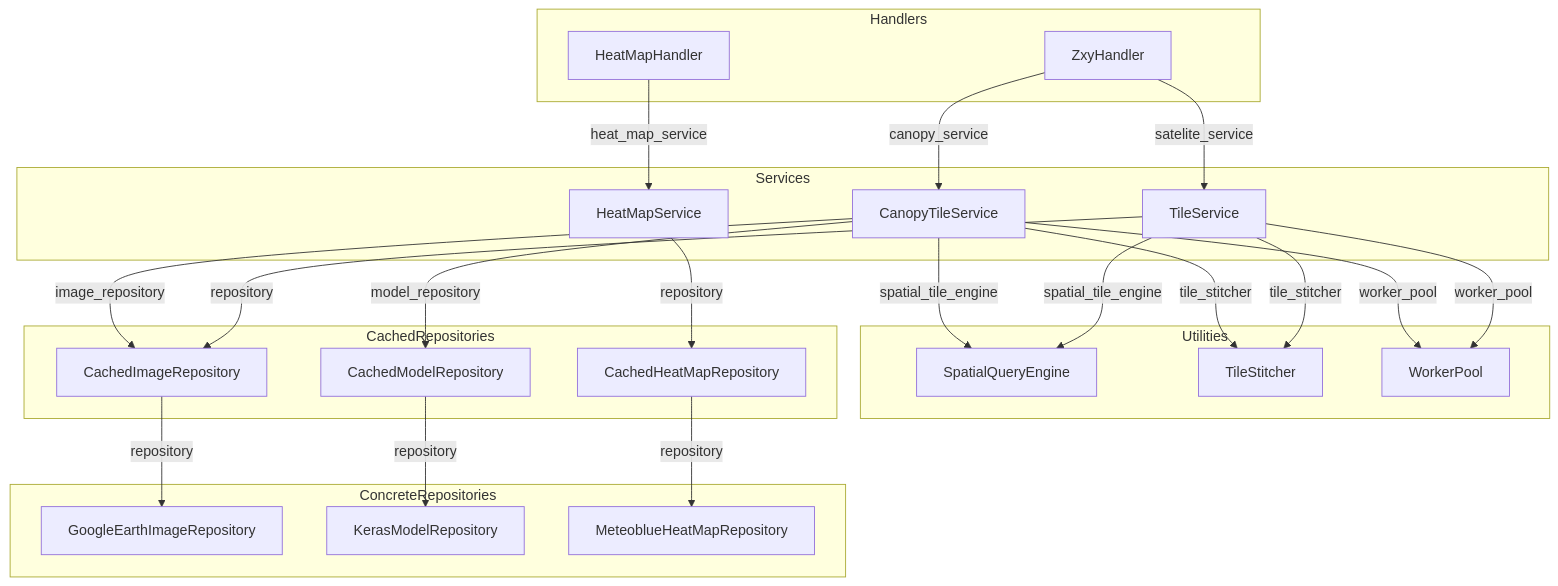
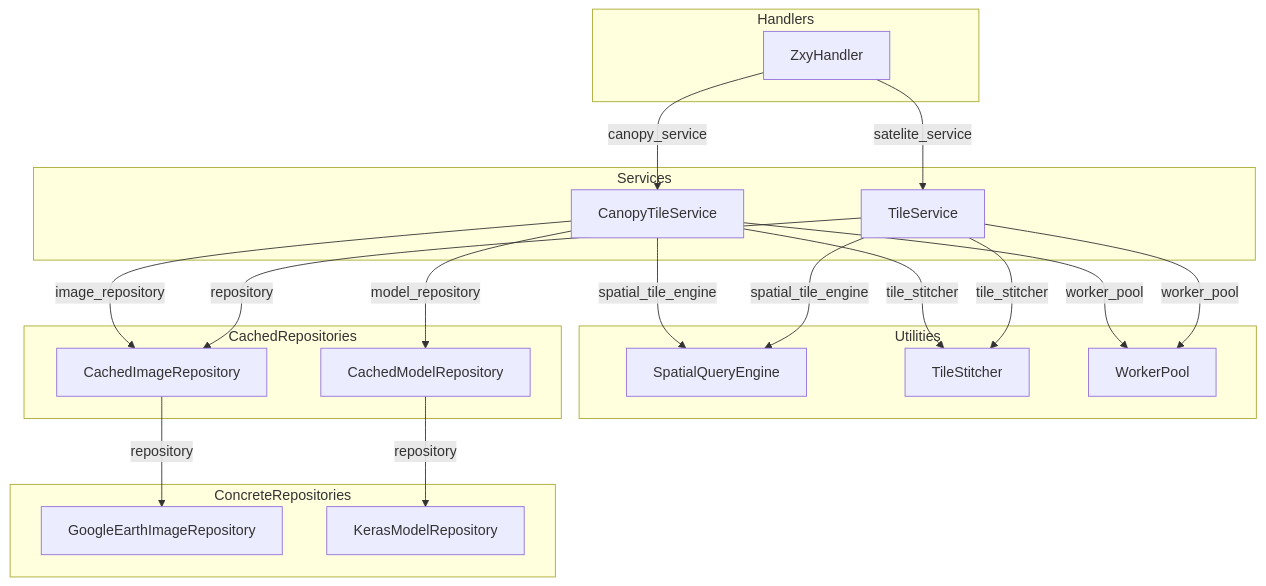
One commit to EliasPlesiotis/satelite-canopy-monitor changed the first of 3 diagrams in README.md. Above: the diagram before and after it, drawn with Mermaid. The commit also changed other lines of this file, not shown here.

````diff
--- a/README.md
+++ b/README.md
@@ -73,52 +73,44 @@
 ```mermaid
 graph TD
     subgraph Handlers
         ZXY[ZxyHandler]
-        HMH[HeatMapHandler]
     end
 
     subgraph Services
         CTS[CanopyTileService]
         TS[TileService]
-        HMS[HeatMapService]
     end
 
     subgraph Utilities
         SQE[SpatialQueryEngine]
         TST[TileStitcher]
         WP[WorkerPool]
     end
 
     subgraph CachedRepositories
         CIR[CachedImageRepository]
         CMR[CachedModelRepository]
-        CHR[CachedHeatMapRepository]
     end
 
     subgraph ConcreteRepositories
         GER[GoogleEarthImageRepository]
         KMR[KerasModelRepository]
-        MHR[MeteoblueHeatMapRepository]
     end
 
     ZXY -->|canopy_service| CTS
     ZXY -->|satelite_service| TS
-    HMH -->|heat_map_service| HMS
 
     CTS -->|spatial_tile_engine| SQE
     CTS -->|tile_stitcher| TST
     CTS -->|worker_pool| WP
     CTS -->|image_repository| CIR
     CTS -->|model_repository| CMR
 
     TS -->|spatial_tile_engine| SQE
     TS -->|tile_stitcher| TST
     TS -->|worker_pool| WP
     TS -->|repository| CIR
 
-    HMS -->|repository| CHR
-
     CIR -->|repository| GER
     CMR -->|repository| KMR
-    CHR -->|repository| MHR
 ```
````
